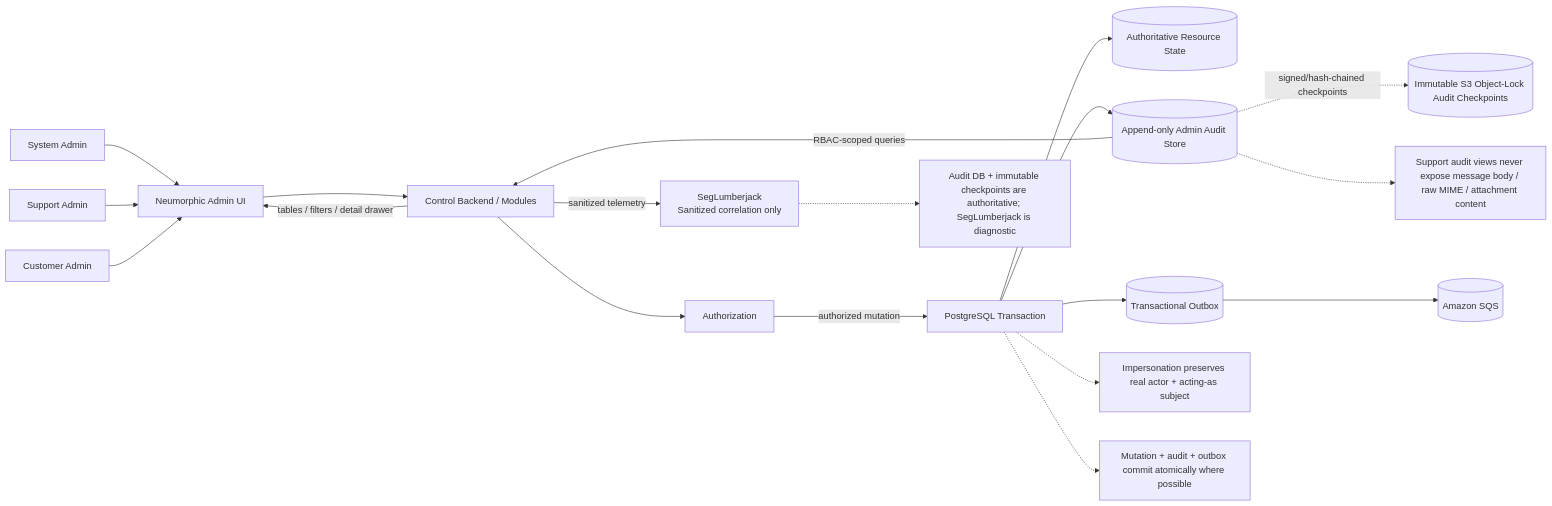
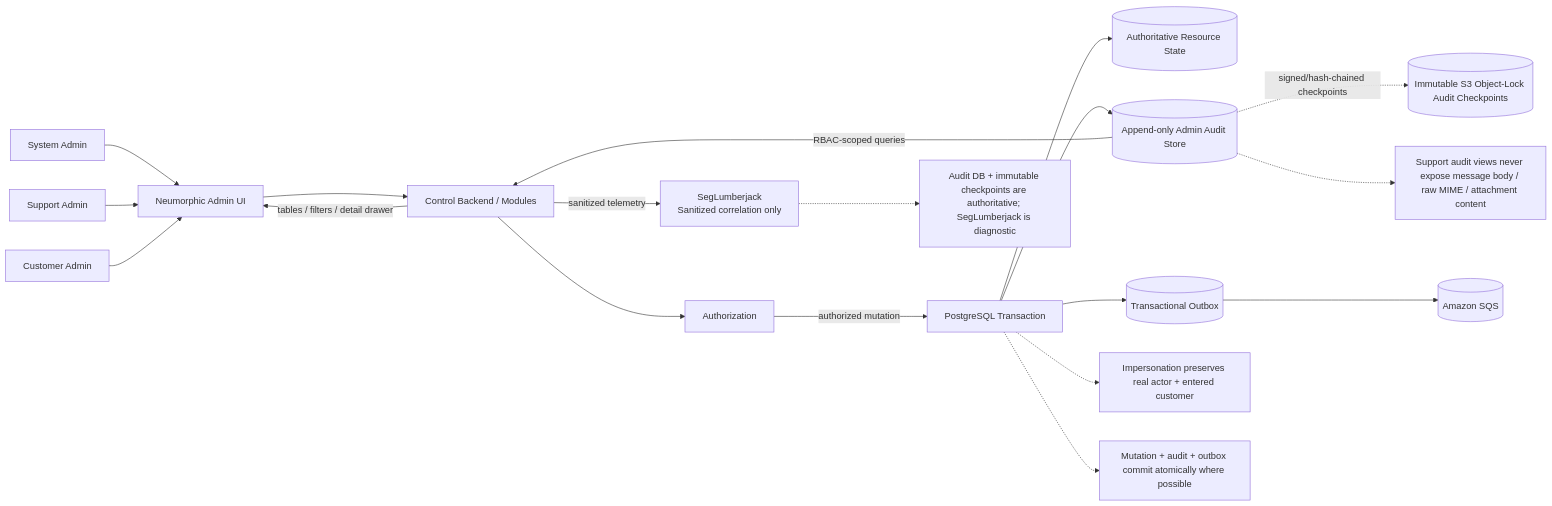
One commit to Oba-SEG/Nullapart changed the diagram in docs/diagrams/11-admin-audit-architecture.mmd. Above: the diagram before and after it, drawn with Mermaid. The commit also changed 224 other files, not shown here.

```diff
--- a/docs/diagrams/11-admin-audit-architecture.mmd
+++ b/docs/diagrams/11-admin-audit-architecture.mmd
@@ -1,42 +1,42 @@
 flowchart LR
     System[System Admin]
     Support[Support Admin]
     Customer[Customer Admin]
     UI[Neumorphic Admin UI]
     Control[Control Backend / Modules]
     Auth[Authorization]
     Tx[PostgreSQL Transaction]
     Resource[(Authoritative Resource State)]
     AuditDB[(Append-only Admin Audit Store)]
     Outbox[(Transactional Outbox)]
     SQS[(Amazon SQS)]
     Seg[SegLumberjack\nSanitized correlation only]
     Archive[(Immutable S3 Object-Lock Audit Checkpoints)]
 
     System --> UI
     Support --> UI
     Customer --> UI
     UI --> Control --> Auth
 
     Auth -->|authorized mutation| Tx
     Tx --> Resource
     Tx --> AuditDB
     Tx --> Outbox
 
     Outbox --> SQS
     Control -->|sanitized telemetry| Seg
 
     AuditDB -. signed/hash-chained checkpoints .-> Archive
 
     AuditDB -->|RBAC-scoped queries| Control
     Control -->|tables / filters / detail drawer| UI
 
     Note1[Support audit views never expose message body / raw MIME / attachment content]
-    Note2[Impersonation preserves real actor + acting-as subject]
+    Note2[Impersonation preserves real actor + entered customer]
     Note3[Mutation + audit + outbox commit atomically where possible]
     Note4[Audit DB + immutable checkpoints are authoritative; SegLumberjack is diagnostic]
 
     AuditDB -.-> Note1
     Tx -.-> Note2
     Tx -.-> Note3
     Seg -.-> Note4
```
